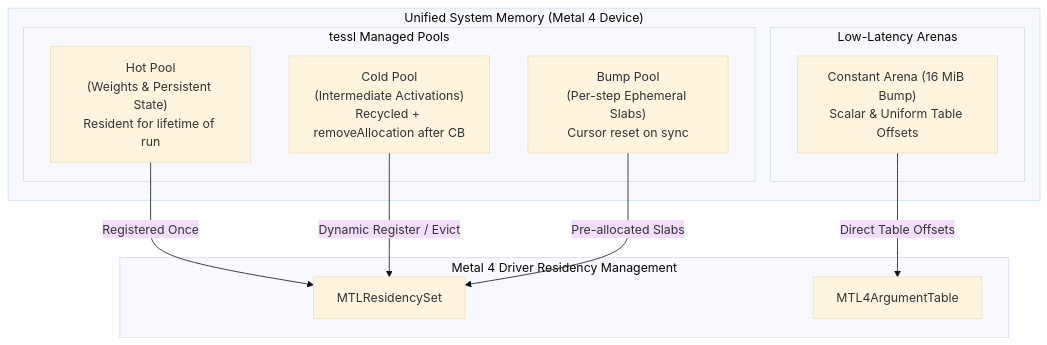
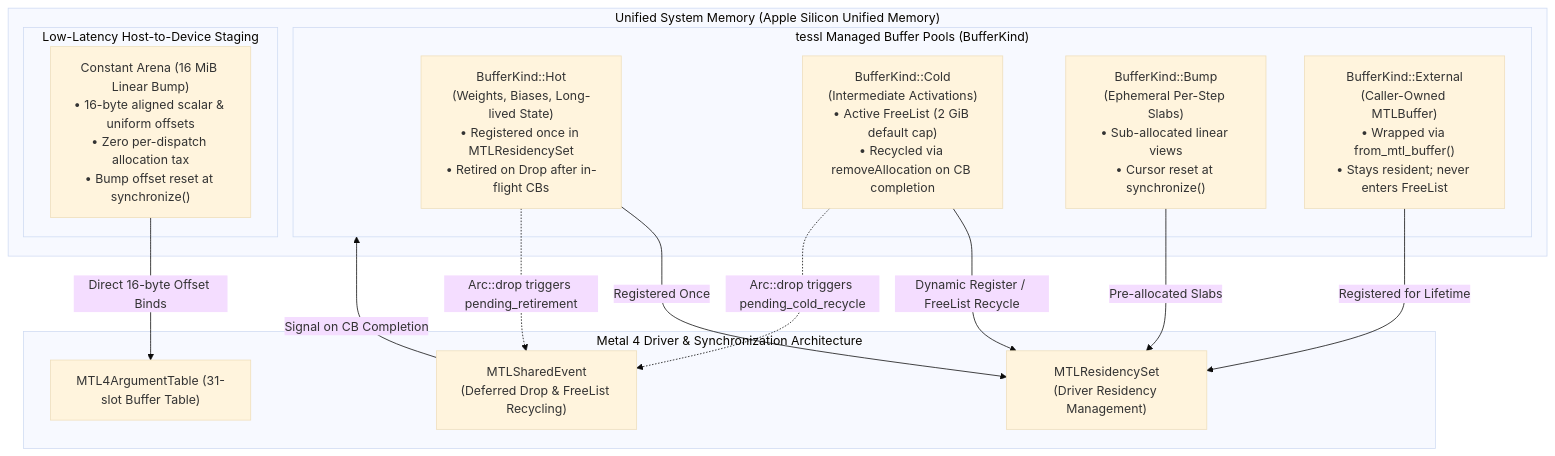
Before and after one commit to bharathvbcr/tessl: the second of 4 diagrams in README.md, drawn with Mermaid (base theme). The commit also changed other lines of this file and 3 other files, not shown here.

Commit message:
docs: modernize architecture, benchmarking, and verification diagrams with Mermaid

````diff
--- a/README.md
+++ b/README.md
@@ -170,24 +171,30 @@
 ```mermaid
 flowchart TD
-    subgraph DeviceMemory["Unified System Memory (Metal 4 Device)"]
-        subgraph Pools["tessl Managed Pools"]
-            Hot["Hot Pool<br/>(Weights & Persistent State)<br/>Resident for lifetime of run"]
-            Cold["Cold Pool<br/>(Intermediate Activations)<br/>Recycled + removeAllocation after CB"]
-            Bump["Bump Pool<br/>(Per-step Ephemeral Slabs)<br/>Cursor reset on sync"]
+    subgraph UnifiedMem["Unified System Memory (Apple Silicon Unified Memory)"]
+        subgraph Pools["tessl Managed Buffer Pools (BufferKind)"]
+            Hot["BufferKind::Hot<br/>(Weights, Biases, Long-lived State)<br/>• Registered once in MTLResidencySet<br/>• Retired on Drop after in-flight CBs"]
+            Cold["BufferKind::Cold<br/>(Intermediate Activations)<br/>• Active FreeList (2 GiB default cap)<br/>• Recycled via removeAllocation on CB completion"]
+            Bump["BufferKind::Bump<br/>(Ephemeral Per-Step Slabs)<br/>• Sub-allocated linear views<br/>• Cursor reset at synchronize()"]
+            Ext["BufferKind::External<br/>(Caller-Owned MTLBuffer)<br/>• Wrapped via from_mtl_buffer()<br/>• Stays resident; never enters FreeList"]
         end
 
-        subgraph Arenas["Low-Latency Arenas"]
-            ConstArena["Constant Arena (16 MiB Bump)<br/>Scalar & Uniform Table Offsets"]
+        subgraph LowLatencyArenas["Low-Latency Host-to-Device Staging"]
+            ConstArena["Constant Arena (16 MiB Linear Bump)<br/>• 16-byte aligned scalar &amp; uniform offsets<br/>• Zero per-dispatch allocation tax<br/>• Bump offset reset at synchronize()"]
         end
     end
 
-    subgraph DriverResidency["Metal 4 Driver Residency Management"]
-        ResSet["MTLResidencySet"]
-        ArgTable["MTL4ArgumentTable"]
+    subgraph DriverResidency["Metal 4 Driver &amp; Synchronization Architecture"]
+        ResSet["MTLResidencySet<br/>(Driver Residency Management)"]
+        ArgTable["MTL4ArgumentTable (31-slot Buffer Table)"]
+        SharedEvt["MTLSharedEvent<br/>(Deferred Drop &amp; FreeList Recycling)"]
     end
 
     Hot -->|Registered Once| ResSet
-    Cold -->|Dynamic Register / Evict| ResSet
+    Ext -->|Registered for Lifetime| ResSet
+    Cold -->|Dynamic Register / FreeList Recycle| ResSet
     Bump -->|Pre-allocated Slabs| ResSet
-    ConstArena -->|Direct Table Offsets| ArgTable
+    ConstArena -->|Direct 16-byte Offset Binds| ArgTable
+    Cold -.->|Arc::drop triggers pending_cold_recycle| SharedEvt
+    Hot -.->|Arc::drop triggers pending_retirement| SharedEvt
+    SharedEvt -->|Signal on CB Completion| Pools
 ```
````
